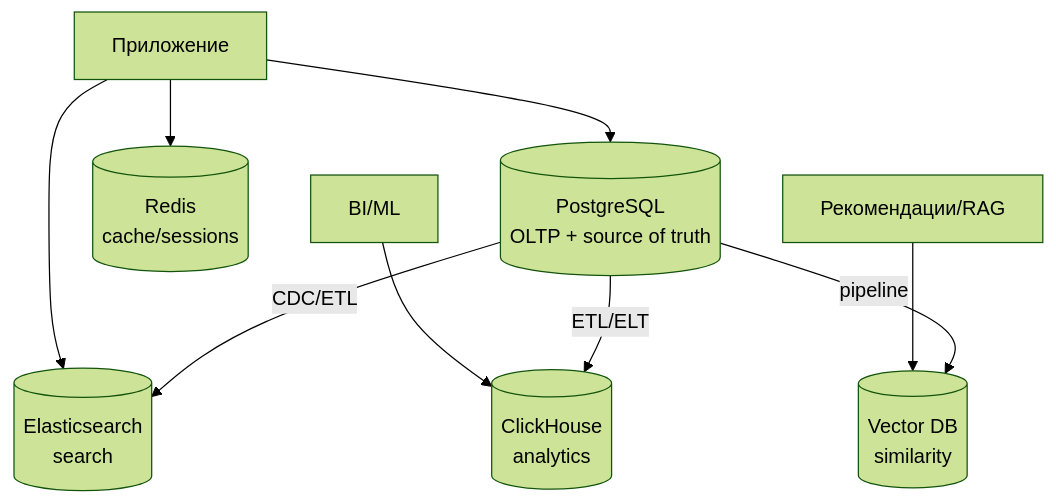
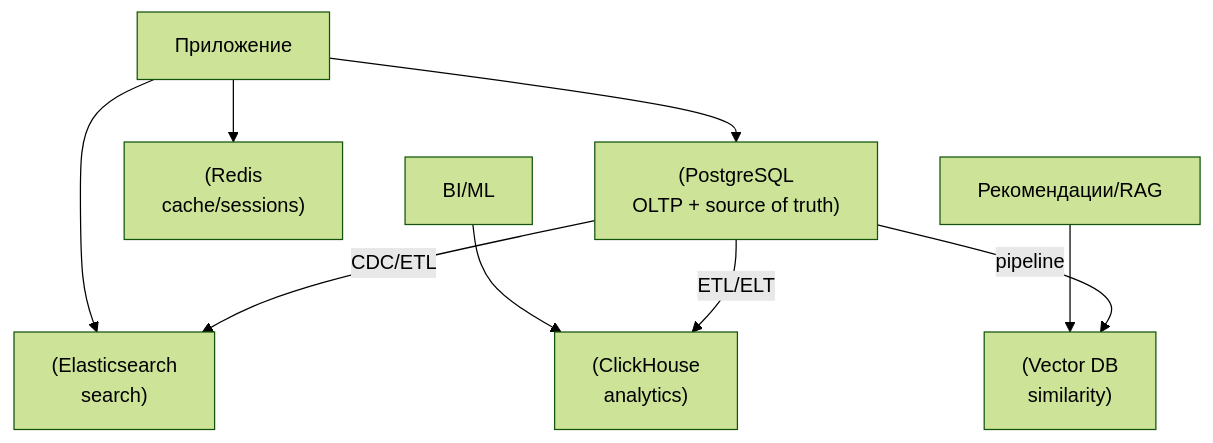
The second of 3 diagrams in directions/cs_fundamentals/db/pact/00_filosofiya_granitsy_mentalnye_modeli/03_0_3_mentalnye_modeli_kak_dumat_o_dannyh.md (DDoSKudya/ai-study-atlas), drawn with Mermaid (forest theme) before and after one commit. The commit also changed other lines of this file and 322 other files, not shown here.

Commit message:
fix(docs): make mermaid diagrams GitHub-compatible across directions content

````diff
--- a/directions/cs_fundamentals/db/pact/00_filosofiya_granitsy_mentalnye_modeli/03_0_3_mentalnye_modeli_kak_dumat_o_dannyh.md
+++ b/directions/cs_fundamentals/db/pact/00_filosofiya_granitsy_mentalnye_modeli/03_0_3_mentalnye_modeli_kak_dumat_o_dannyh.md
@@ -294,18 +294,18 @@
 ```mermaid
 flowchart TB
-  PG[(PostgreSQL\nOLTP + source of truth)]
-  Redis[(Redis\ncache/sessions)]
-  ES[(Elasticsearch\nsearch)]
-  CH[(ClickHouse\nanalytics)]
-  VDB[(Vector DB\nsimilarity)]
+  PG["(PostgreSQL\nOLTP + source of truth)"]
+  Redis["(Redis\ncache/sessions)"]
+  ES["(Elasticsearch\nsearch)"]
+  CH["(ClickHouse\nanalytics)"]
+  VDB["(Vector DB\nsimilarity)"]
 
-  App[Приложение] --> PG
+  App["Приложение"] --> PG
   App --> Redis
   App --> ES
-  BI[BI/ML] --> CH
-  Reco[Рекомендации/RAG] --> VDB
+  BI["BI/ML"] --> CH
+  Reco["Рекомендации/RAG"] --> VDB
 
   PG -->|CDC/ETL| ES
   PG -->|ETL/ELT| CH
   PG -->|pipeline| VDB
 ```
````
